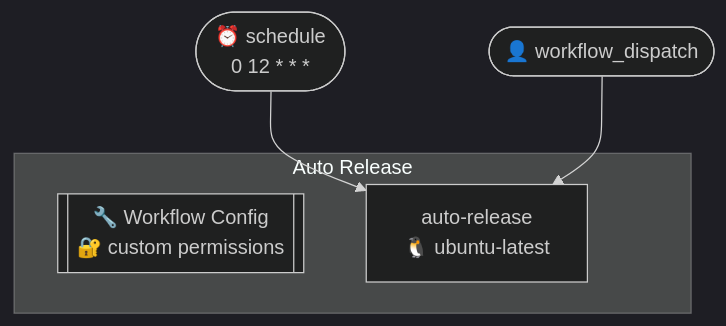
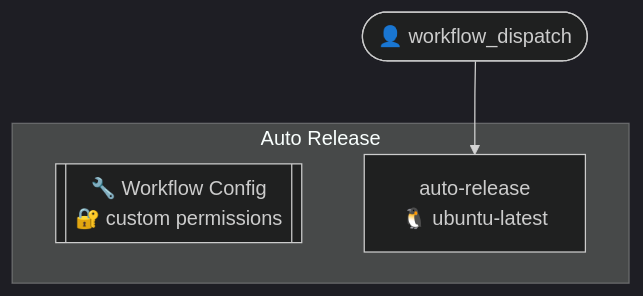
The first of 2 diagrams in .github/typeflows/auto-release/README.md (http4k/typeflows), drawn with Mermaid (dark theme) before and after one commit. The commit also changed 3 other files, not shown here.

````diff
--- a/.github/typeflows/auto-release/README.md
+++ b/.github/typeflows/auto-release/README.md
@@ -3,12 +3,10 @@
 ```mermaid
 %%{init: {"flowchart": {"curve": "basis"}}}%%
 flowchart TD
-    schedule(["⏰ schedule<br/>0 12 * * *"])
     workflowdispatch(["👤 workflow_dispatch"])
     subgraph autoreleaseyml["Auto Release"]
         autoreleaseyml_metadata[["🔧 Workflow Config<br/>🔐 custom permissions"]]
         autoreleaseyml_autorelease["auto-release<br/>🐧 ubuntu-latest"]
     end
-    schedule --> autoreleaseyml_autorelease
     workflowdispatch --> autoreleaseyml_autorelease
 ```
````
